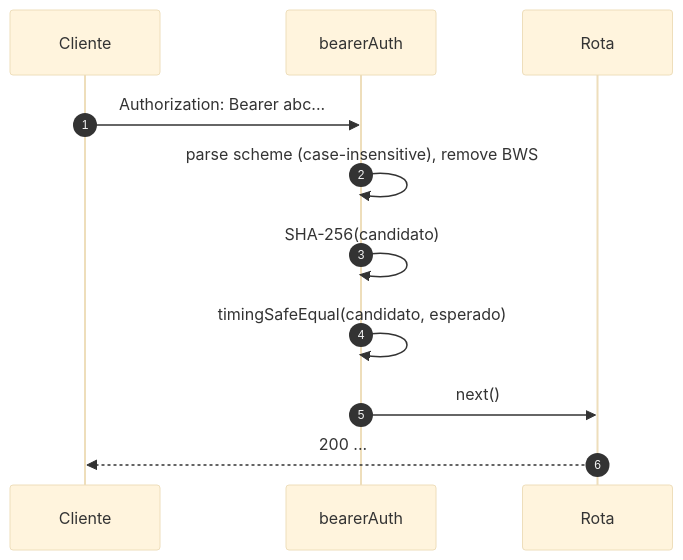
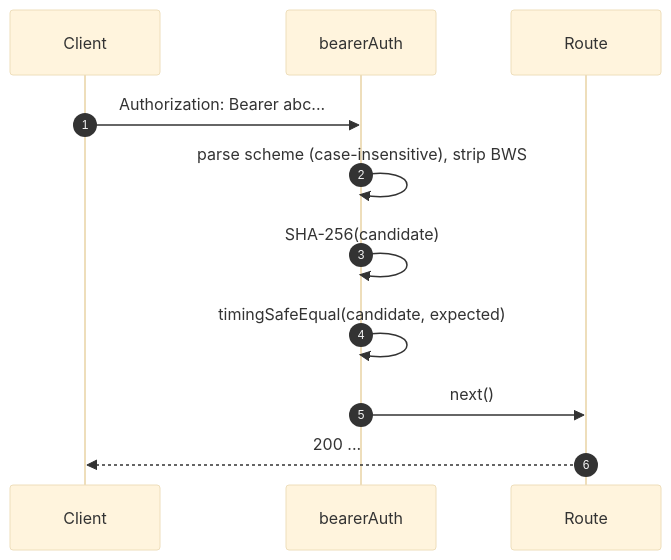
One commit to QwenLM/qwen-code-docs changed the second of 4 diagrams in website/content/pt-BR/developers/daemon/12-auth-security.md. Above: the diagram before and after it, drawn with Mermaid (base theme). The commit also changed other lines of this file and 265 other files, not shown here.

````diff
--- a/website/content/pt-BR/developers/daemon/12-auth-security.md
+++ b/website/content/pt-BR/developers/daemon/12-auth-security.md
@@ -181,14 +184,14 @@
 ```mermaid
 sequenceDiagram
     autonumber
-    participant C as Cliente
+    participant C as Client
     participant BA as bearerAuth
-    participant R as Rota
+    participant R as Route
 
     C->>BA: Authorization: Bearer abc...
-    BA->>BA: parse scheme (case-insensitive), remove BWS
-    BA->>BA: SHA-256(candidato)
-    BA->>BA: timingSafeEqual(candidato, esperado)
+    BA->>BA: parse scheme (case-insensitive), strip BWS
+    BA->>BA: SHA-256(candidate)
+    BA->>BA: timingSafeEqual(candidate, expected)
     BA->>R: next()
     R-->>C: 200 ...
 ```
````
